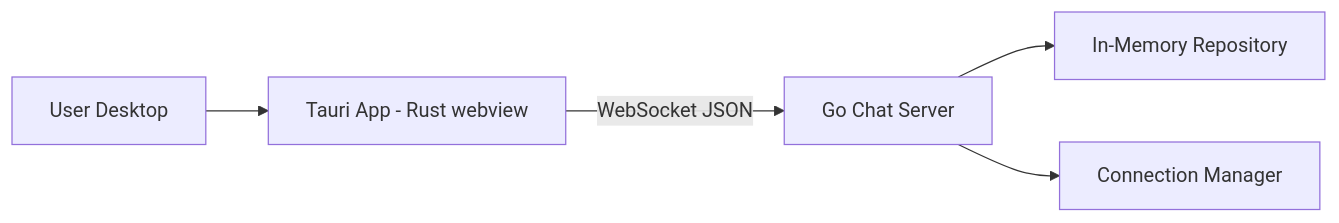
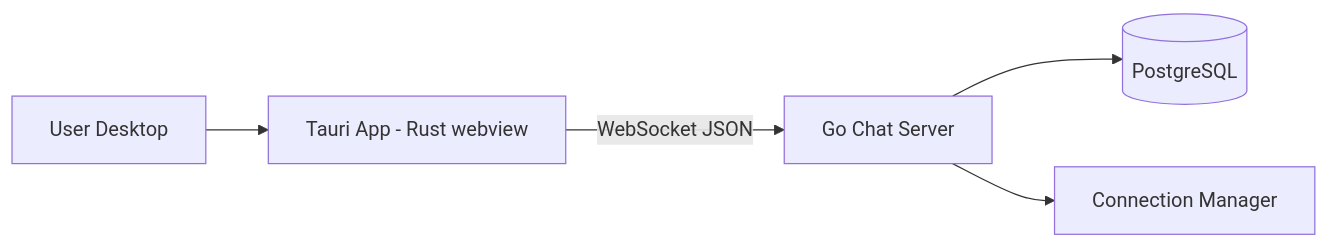
Before and after one commit to luizmiguelrosa/Calling: the diagram in README.md, drawn with Mermaid. The commit also changed other lines of this file and 26 other files, not shown here.

First line of the commit message:
feat: Add PostgreSQL persistence and user auth

````diff
--- a/README.md
+++ b/README.md
@@ -32,7 +32,7 @@
 ```mermaid
 graph LR
     U[User Desktop] --> W[Tauri App - Rust webview]
     W -->|WebSocket JSON| S[Go Chat Server]
-    S --> R[In-Memory Repository]
+    S --> P[(PostgreSQL)]
     S --> M[Connection Manager]
 ```
````
